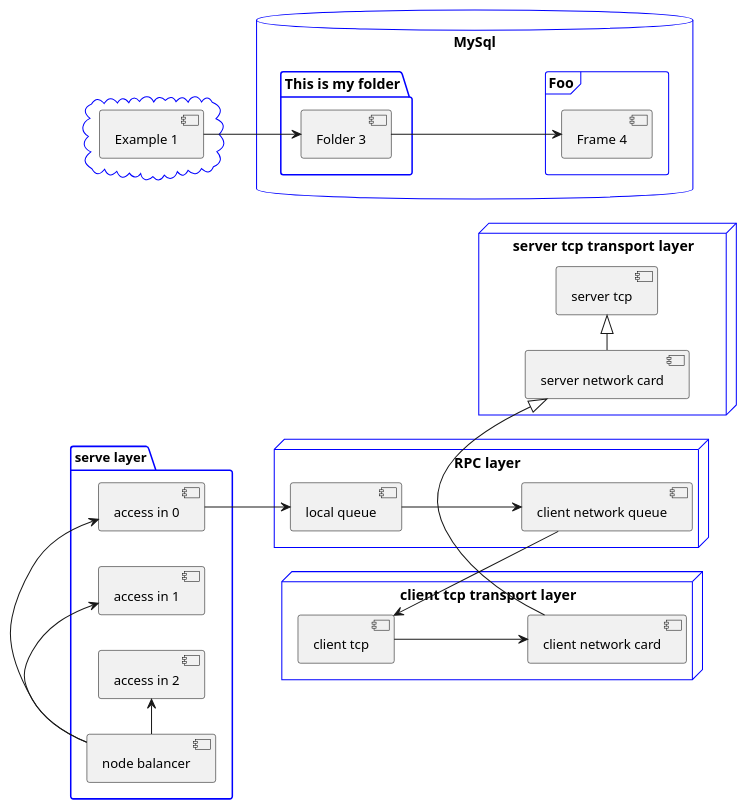
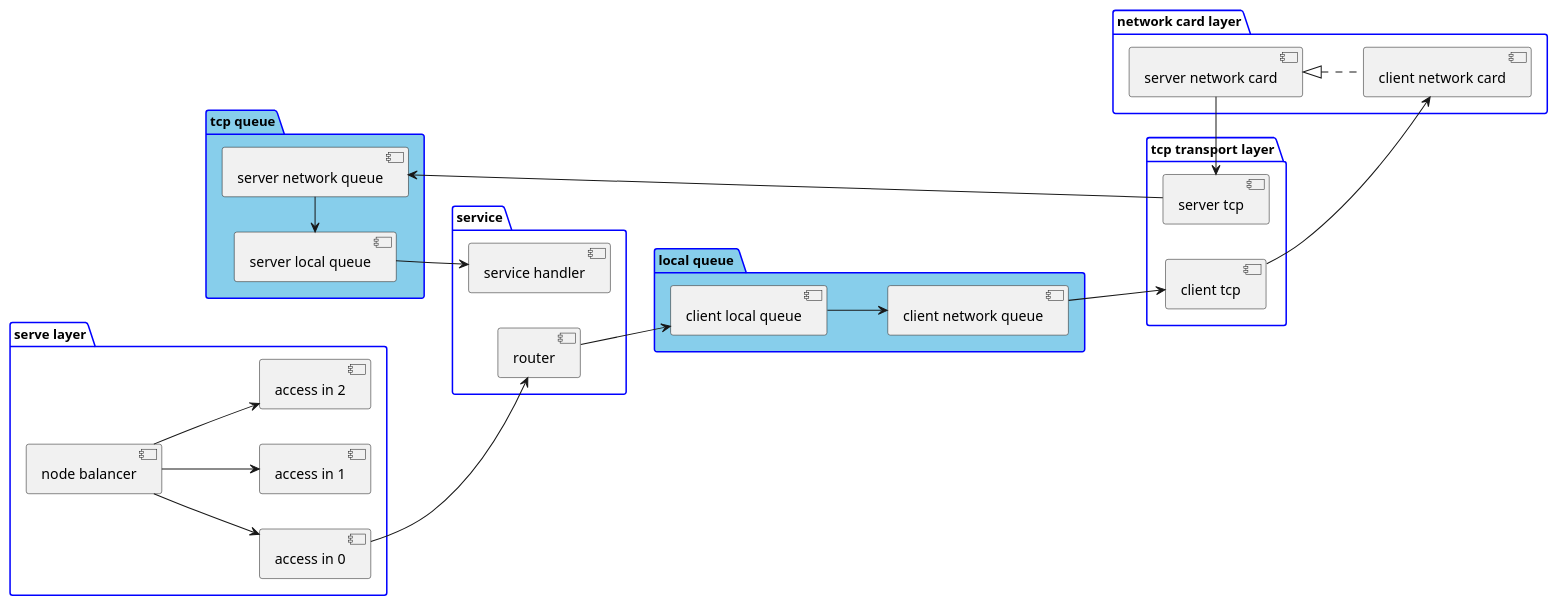
Before and after one commit to ioperations/leetcode: the diagram in README.plantuml, drawn with PlantUML.

Commit message:
update plantuml

```diff
--- a/README.plantuml
+++ b/README.plantuml
@@ -1,56 +1,60 @@
-@startuml nn
+@startuml RPC 
+left to right direction
+
 package "serve layer" {
-  left to right direction
   [node balancer]
   [access in 0]
   [access in 1]
   [access in 2]
 
-  [node balancer] -right-> [access in 0]
-  [node balancer] -right-> [access in 1]
-  [node balancer] -right-> [access in 2]
+  [node balancer] --> [access in 0]
+  [node balancer] --> [access in 1]
+  [node balancer] --> [access in 2]
 }
 
 skinparam package{
     FontSize 13
     BorderColor blue
 }
 
-node "RPC layer" {
-  [local queue]
-  [local queue] --> [client network queue]
+package "service" {
+  [service handler]
+  [router] 
 }
 
-node "client tcp transport layer" {
-  [client tcp] --> [client network card]
+package "local queue " #skyblue {
+  [client local queue] 
+  [client network queue]
 }
 
-cloud {
-  [Example 1]
+package "tcp queue" #skyblue {
+  [server network queue] 
+  [server local queue]
 }
 
-skinparam component {
-  FontSize 13
-  BorderColor black
+package "network card layer"{
+[client network card]
+[server network card]
 }
 
-database "MySql" {
-  folder "This is my folder" {
-    [Folder 3]
-  }
-  frame "Foo" {
-    [Frame 4]
-  }
+package "tcp transport layer" {
+  [client tcp]
+  [server tcp]
 }
 
-node "server tcp transport layer" {
-  [server network card] -right-|> [server tcp] 
-}
+[router] --> [client local queue]
+[client local queue] --> [client network queue] 
+[client network queue] --> [client tcp]
+[client tcp] --> [client network card] 
+[client network card] .up.|> [server network card] 
 
-[access in 0] --> [local queue]
-[client network queue] -up-> [client tcp]
-[client network card] -right-|> [server network card] 
-[Example 1] --> [Folder 3]
-[Folder 3] --> [Frame 4]
+
+[server network card] -left-> [server tcp]
+[server tcp] -left-> [server network queue]
+[server network queue] -left-> [server local queue]
+[server local queue] --> [service handler]
+
+[access in 0] --> [router]
+
 
 @enduml
```
